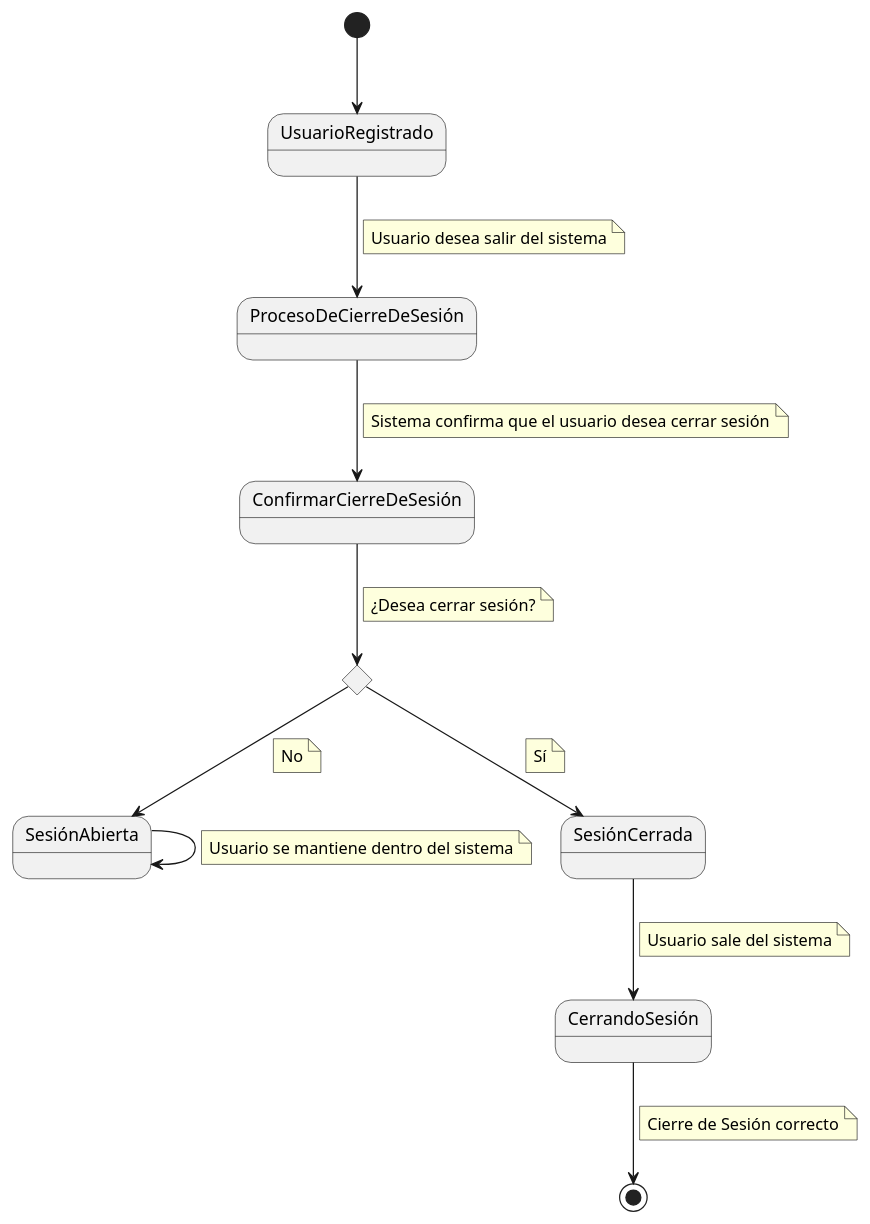
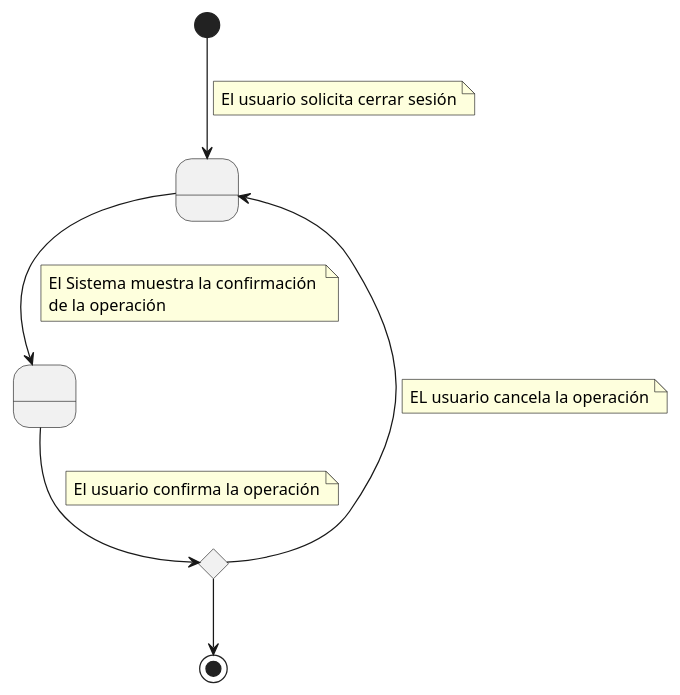
Before and after one commit to mmasias/24-25-IdSw1-SDR: the diagram in Documentos/DetallarCasosDeUso/CerrarSesion.puml, drawn with PlantUML.

```diff
--- a/Documentos/DetallarCasosDeUso/CerrarSesion.puml
+++ b/Documentos/DetallarCasosDeUso/CerrarSesion.puml
@@ -1,43 +1,25 @@
 @startuml
-[*] --> UsuarioRegistrado
-UsuarioRegistrado --> ProcesoDeCierreDeSesión
+
+state " " as Estado1
+state " " as Estado2
+
+[*] --> Estado1
+    note on link
+        El usuario solicita cerrar sesión
+    end note
+Estado1 --> Estado2
+    note on link
+        El Sistema muestra la confirmación 
+        de la operación
+    end note
+state rombo <<choice>>
+Estado2 --> rombo
 note on link
-    Usuario desea salir del sistema
+    El usuario confirma la operación
 end note
-
-ProcesoDeCierreDeSesión --> ConfirmarCierreDeSesión
-note on link
-    Sistema confirma que el usuario desea cerrar sesión
-end note
-
-state rombo <<choice>>
-ConfirmarCierreDeSesión --> rombo
-note on link
-    ¿Desea cerrar sesión?
-end note
-
-rombo --> SesiónAbierta
-note on link
-    No
-end note
-
-rombo --> SesiónCerrada
-note on link
-    Sí
-end note
-
-SesiónCerrada --> CerrandoSesión
-note on link
-    Usuario sale del sistema
-end note
-
-SesiónAbierta --> SesiónAbierta
-note on link
-    Usuario se mantiene dentro del sistema
-end note
-
-CerrandoSesión --> [*]
-note on link
-    Cierre de Sesión correcto
-end note
+rombo --> [*] 
+rombo --> Estado1
+    note on link
+    EL usuario cancela la operación
+    end note
 @enduml
```
